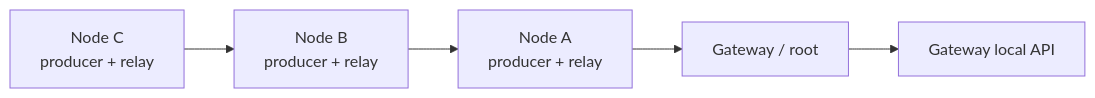
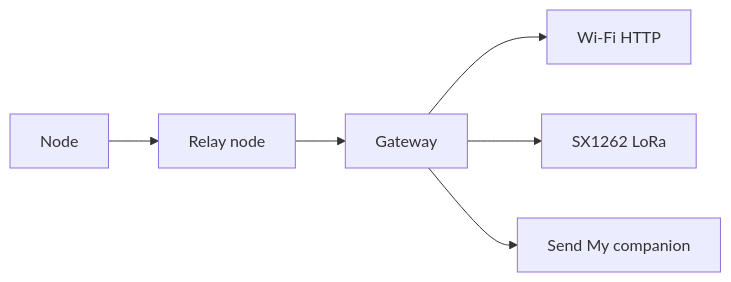
One commit to Itsmmdoha/duckLogger changed the diagram in README.md. Above: the diagram before and after it, drawn with Mermaid. The commit also changed other lines of this file, not shown here.

````diff
--- a/README.md
+++ b/README.md
@@ -28,7 +34,8 @@
 ```mermaid
 flowchart LR
-    N1[Node A<br/>producer + relay] --> G[Gateway / root]
-    N2[Node B<br/>producer + relay] --> N1
-    N3[Node C<br/>producer + relay] --> N2
-    G --> API[Gateway local API]
+    N1[Node] --> N2[Relay node]
+    N2 --> G[Gateway]
+    G --> W[Wi-Fi HTTP]
+    G --> L[SX1262 LoRa]
+    G --> S[Send My companion]
 ```
````
